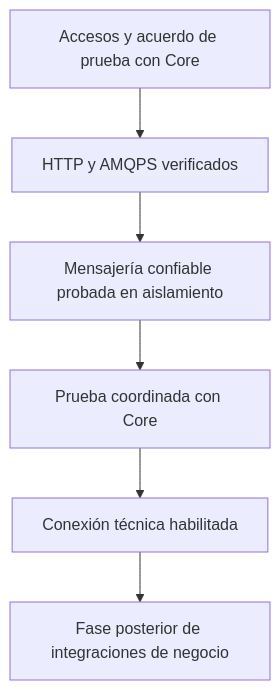
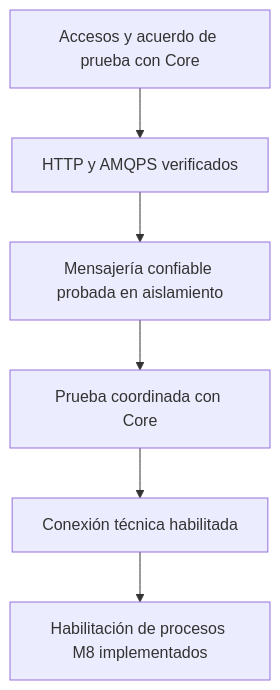
One commit to DDA2-UADE-2026/uade-DDA2-monorepo changed the diagram in server/docs/roadmaps/README.md. Above: the diagram before and after it, drawn with Mermaid. The commit also changed other lines of this file and 85 other files, not shown here.

````diff
--- a/server/docs/roadmaps/README.md
+++ b/server/docs/roadmaps/README.md
@@ -34,8 +36,8 @@
 ```mermaid
 flowchart TD
     A[Accesos y acuerdo de prueba con Core] --> B[HTTP y AMQPS verificados]
     B --> C[Mensajería confiable probada en aislamiento]
     C --> D[Prueba coordinada con Core]
     D --> E[Conexión técnica habilitada]
-    E --> F[Fase posterior de integraciones de negocio]
+    E --> F[Habilitación de procesos M8 implementados]
 ```
````
